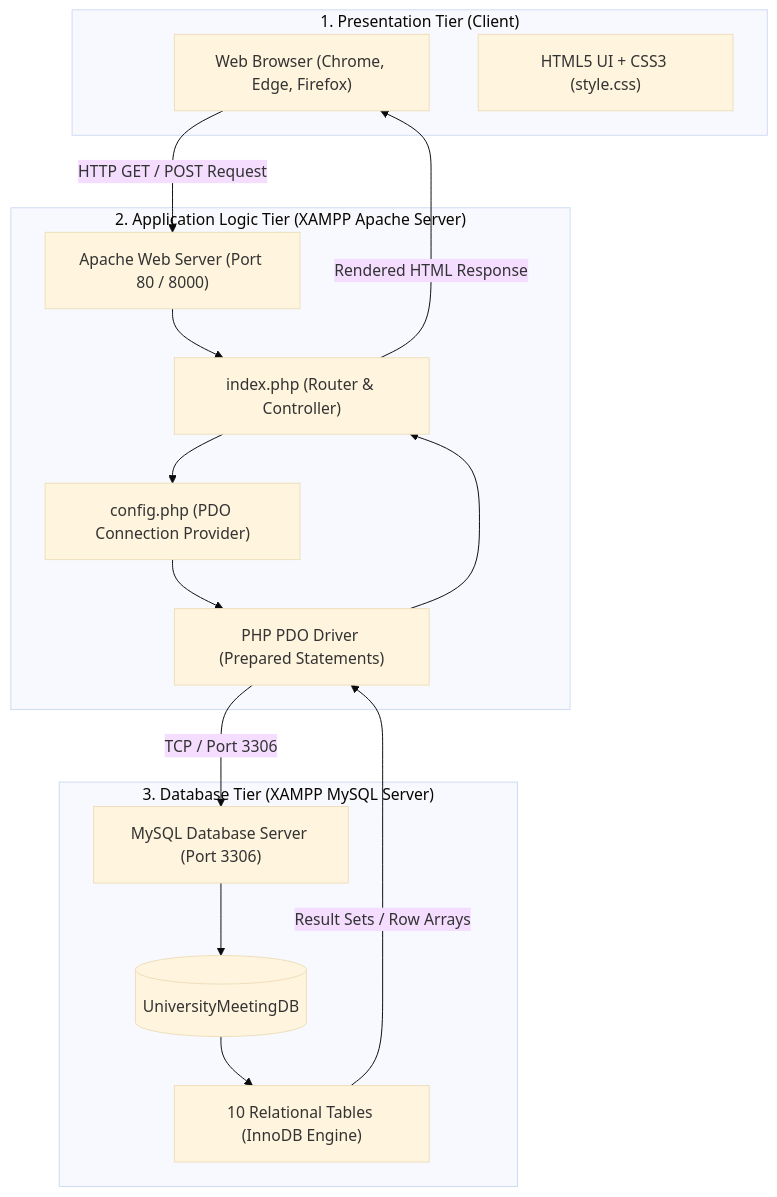
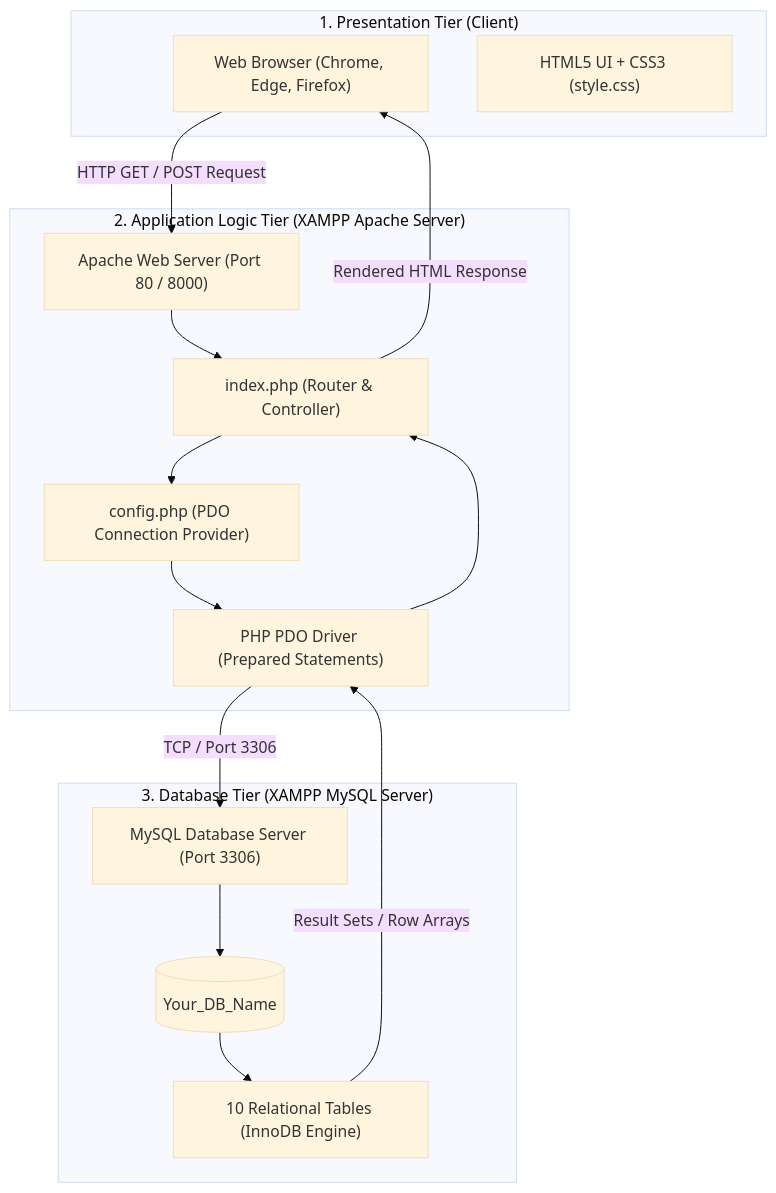
Before and after one commit to Shakir5665/PHP_project: the diagram in STUDENT_GUIDE.md, drawn with Mermaid (base theme). The commit also changed other lines of this file, not shown here.

First line of the commit message:
Change database name to 'Your_DB_Name' and folder name

````diff
--- a/STUDENT_GUIDE.md
+++ b/STUDENT_GUIDE.md
@@ -40,31 +40,31 @@
 ```mermaid
 graph TD
     subgraph Presentation_Tier ["1. Presentation Tier (Client)"]
         Browser["Web Browser (Chrome, Edge, Firefox)"]
         UI["HTML5 UI + CSS3 (style.css)"]
     end
 
     subgraph Logic_Tier ["2. Application Logic Tier (XAMPP Apache Server)"]
         Apache["Apache Web Server (Port 80 / 8000)"]
         Router["index.php (Router & Controller)"]
         Config["config.php (PDO Connection Provider)"]
         PDO["PHP PDO Driver (Prepared Statements)"]
     end
 
     subgraph Data_Tier ["3. Database Tier (XAMPP MySQL Server)"]
         MySQL["MySQL Database Server (Port 3306)"]
-        DB[("UniversityMeetingDB")]
+        DB[("Your_DB_Name")]
         Tables["10 Relational Tables (InnoDB Engine)"]
     end
 
     Browser -->|HTTP GET / POST Request| Apache
     Apache --> Router
     Router --> Config
     Config --> PDO
     PDO -->|TCP / Port 3306| MySQL
     MySQL --> DB
     DB --> Tables
     Tables -->|Result Sets / Row Arrays| PDO
     PDO --> Router
     Router -->|Rendered HTML Response| Browser
 ```
````
